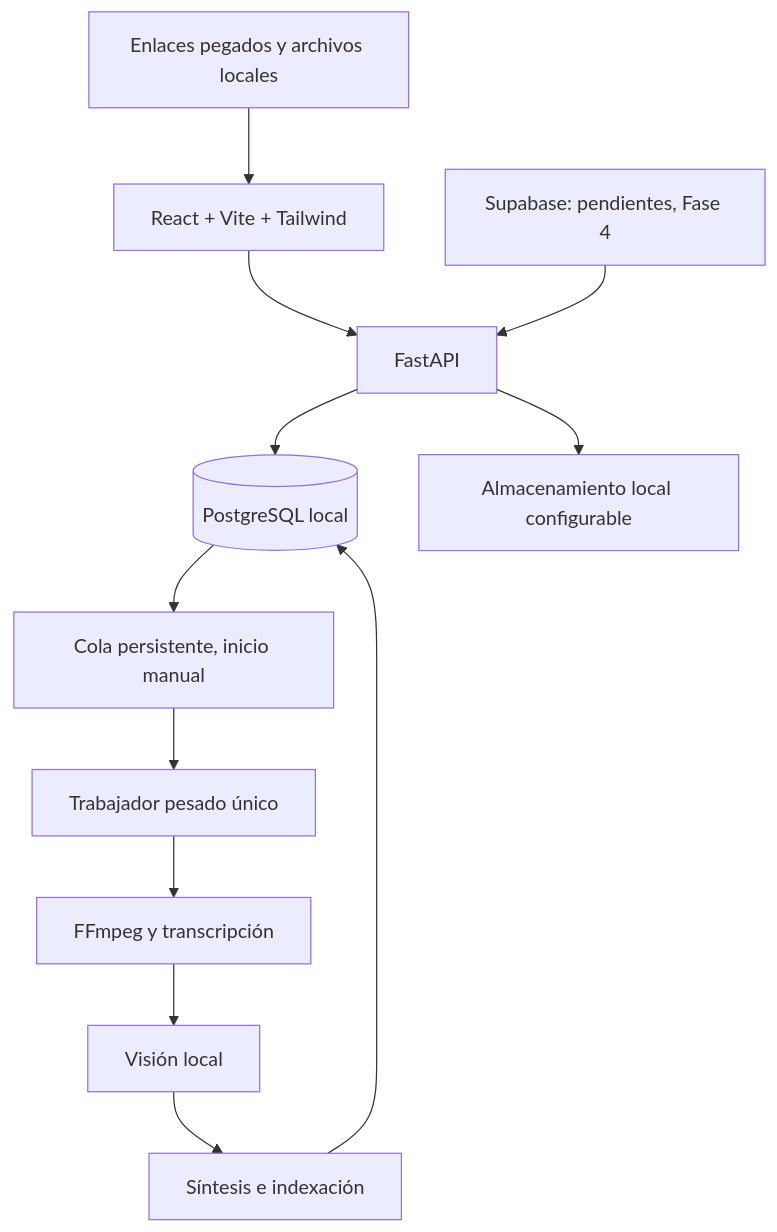
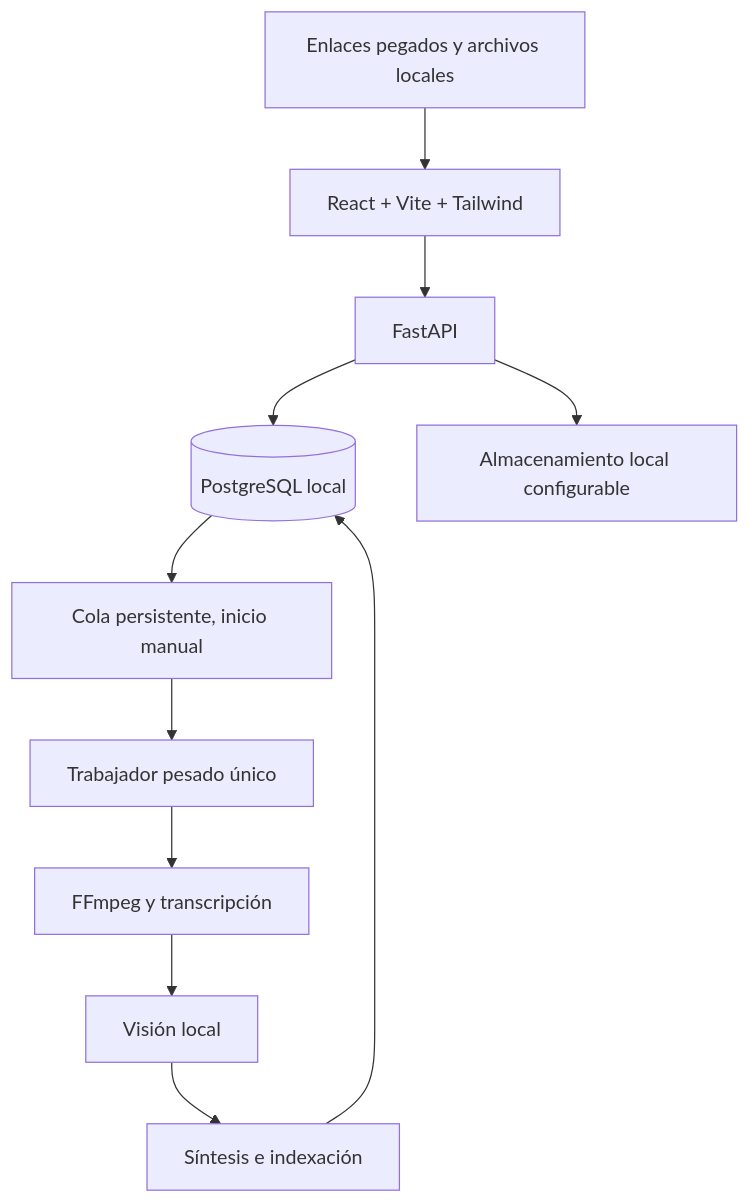
Before and after one commit to NicolasArancibia/ReelMind: the diagram in docs/architecture.md, drawn with Mermaid. The commit also changed other lines of this file and 249 other files, not shown here.

````diff
--- a/docs/architecture.md
+++ b/docs/architecture.md
@@ -13,14 +13,13 @@
 ```mermaid
 flowchart TD
   Entrada[Enlaces pegados y archivos locales] --> UI[React + Vite + Tailwind]
   UI --> API[FastAPI]
-  Remoto[Supabase: pendientes, Fase 4] --> API
   API --> DB[(PostgreSQL local)]
   API --> Archivos[Almacenamiento local configurable]
   DB --> Cola[Cola persistente, inicio manual]
   Cola --> Worker[Trabajador pesado único]
   Worker --> Audio[FFmpeg y transcripción]
   Audio --> Vision[Visión local]
   Vision --> Sintesis[Síntesis e indexación]
   Sintesis --> DB
 ```
````
